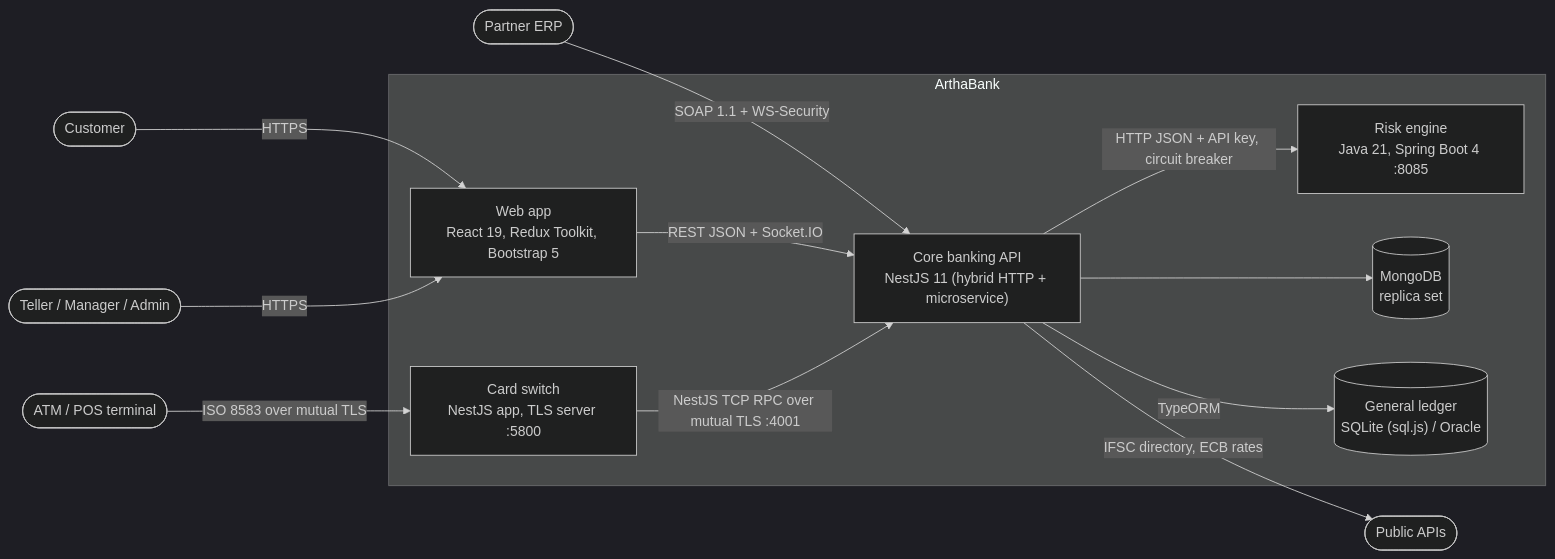
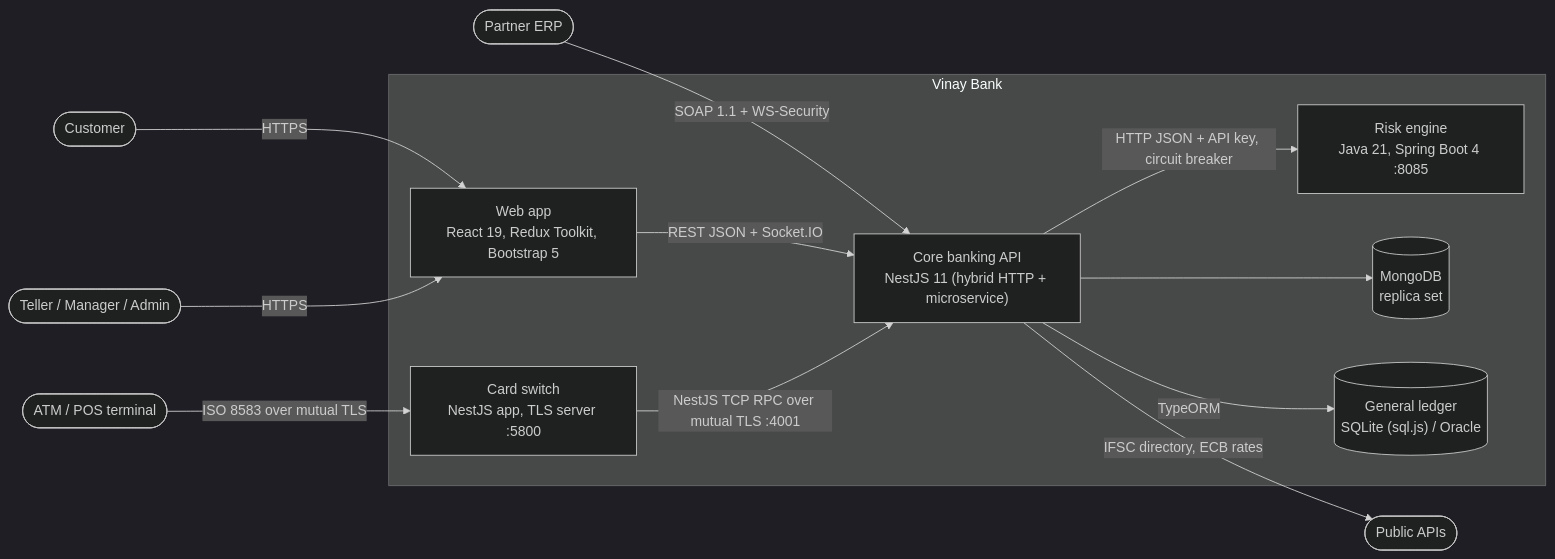
Before and after one commit to Vinaykumar-pyna/Vinay-Bank: the first of 6 diagrams in docs/ARCHITECTURE.md, drawn with Mermaid (dark theme). The commit also changed other lines of this file and 138 other files, not shown here.

````diff
--- a/docs/ARCHITECTURE.md
+++ b/docs/ARCHITECTURE.md
@@ -9,23 +9,23 @@
 ```mermaid
 flowchart LR
   customer([Customer]) -- HTTPS --> web
   staff([Teller / Manager / Admin]) -- HTTPS --> web
   atm([ATM / POS terminal]) -- "ISO 8583 over mutual TLS" --> switch
   partner([Partner ERP]) -- "SOAP 1.1 + WS-Security" --> api
 
-  subgraph ArthaBank
+  subgraph Vinay Bank
     web["Web app<br/>React 19, Redux Toolkit, Bootstrap 5"]
     api["Core banking API<br/>NestJS 11 (hybrid HTTP + microservice)"]
     switch["Card switch<br/>NestJS app, TLS server :5800"]
     risk["Risk engine<br/>Java 21, Spring Boot 4 :8085"]
     mongo[("MongoDB<br/>replica set")]
     ledger[("General ledger<br/>SQLite (sql.js) / Oracle")]
   end
 
   web -- "REST JSON + Socket.IO" --> api
   switch -- "NestJS TCP RPC over mutual TLS :4001" --> api
   api -- "HTTP JSON + API key, circuit breaker" --> risk
   api --> mongo
   api -- TypeORM --> ledger
   api -- "IFSC directory, ECB rates" --> ext([Public APIs])
 ```
````
